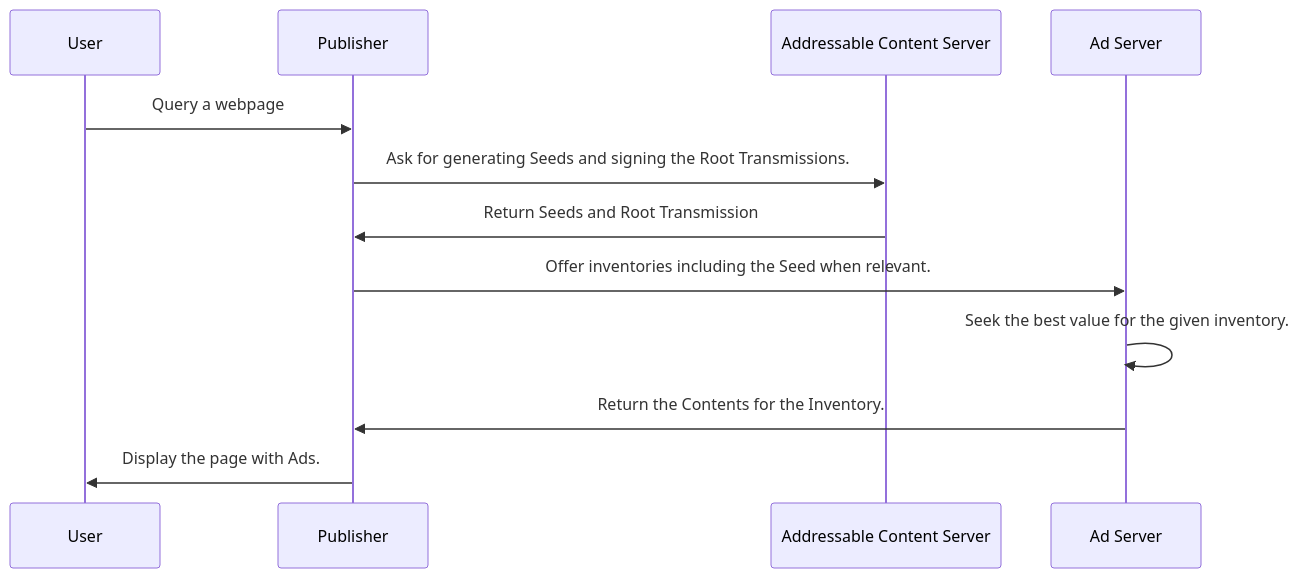
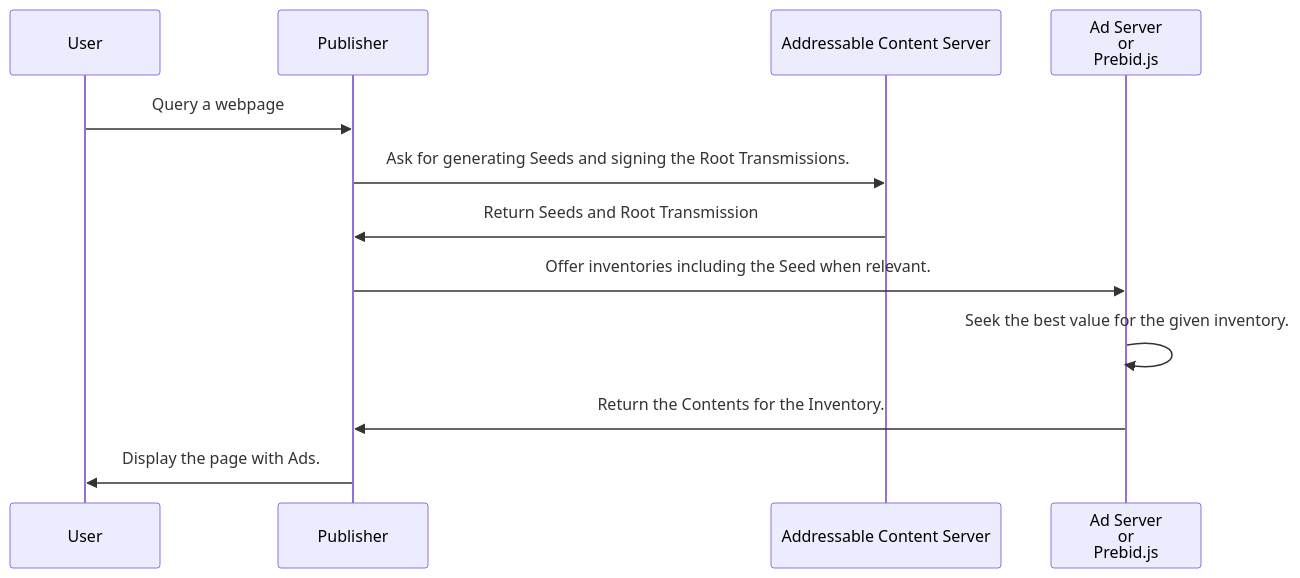
One commit to vmihalev/addressable-network-proposals changed the first of 2 diagrams in mvp-spec/website-implementation.md. Above: the diagram before and after it, drawn with Mermaid. The commit also changed other lines of this file and 3 other files, not shown here.

````diff
--- a/mvp-spec/website-implementation.md
+++ b/mvp-spec/website-implementation.md
@@ -40,15 +40,15 @@
 ```mermaid
 sequenceDiagram
     participant User as User
     participant Publisher as Publisher
     participant ACS as Addressable Content Server
-    participant AS as Ad Server
+    participant AS as Ad Server<br/>or<br/>Prebid.js
 
     User->>Publisher: Query a webpage
     Publisher->>ACS: Ask for generating Seeds and signing the Root Transmissions.
     ACS->>Publisher: Return Seeds and Root Transmission
     Publisher->>AS: Offer inventories including the Seed when relevant.
     AS->>AS: Seek the best value for the given inventory.
     AS->>Publisher: Return the Contents for the Inventory.
     Publisher->>User: Display the page with Ads. 
 ```
````
